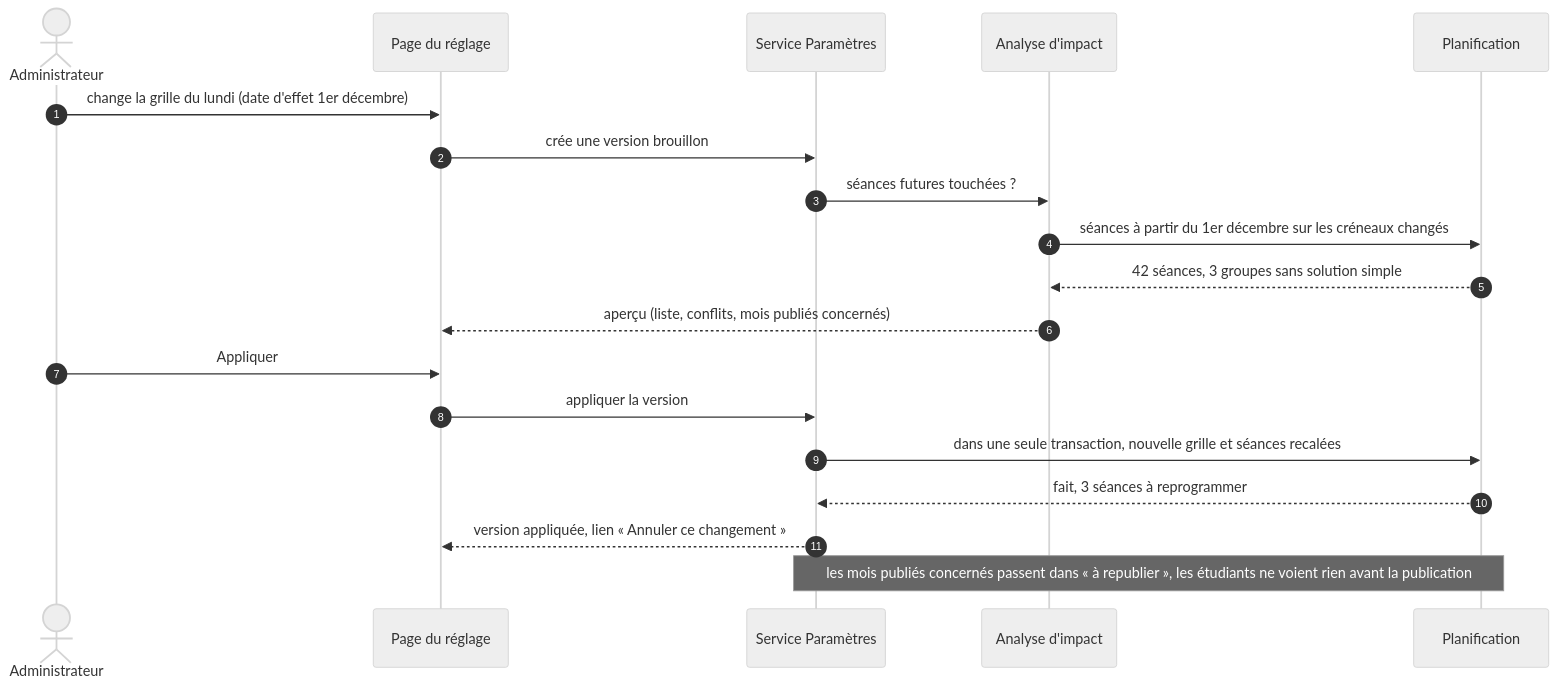
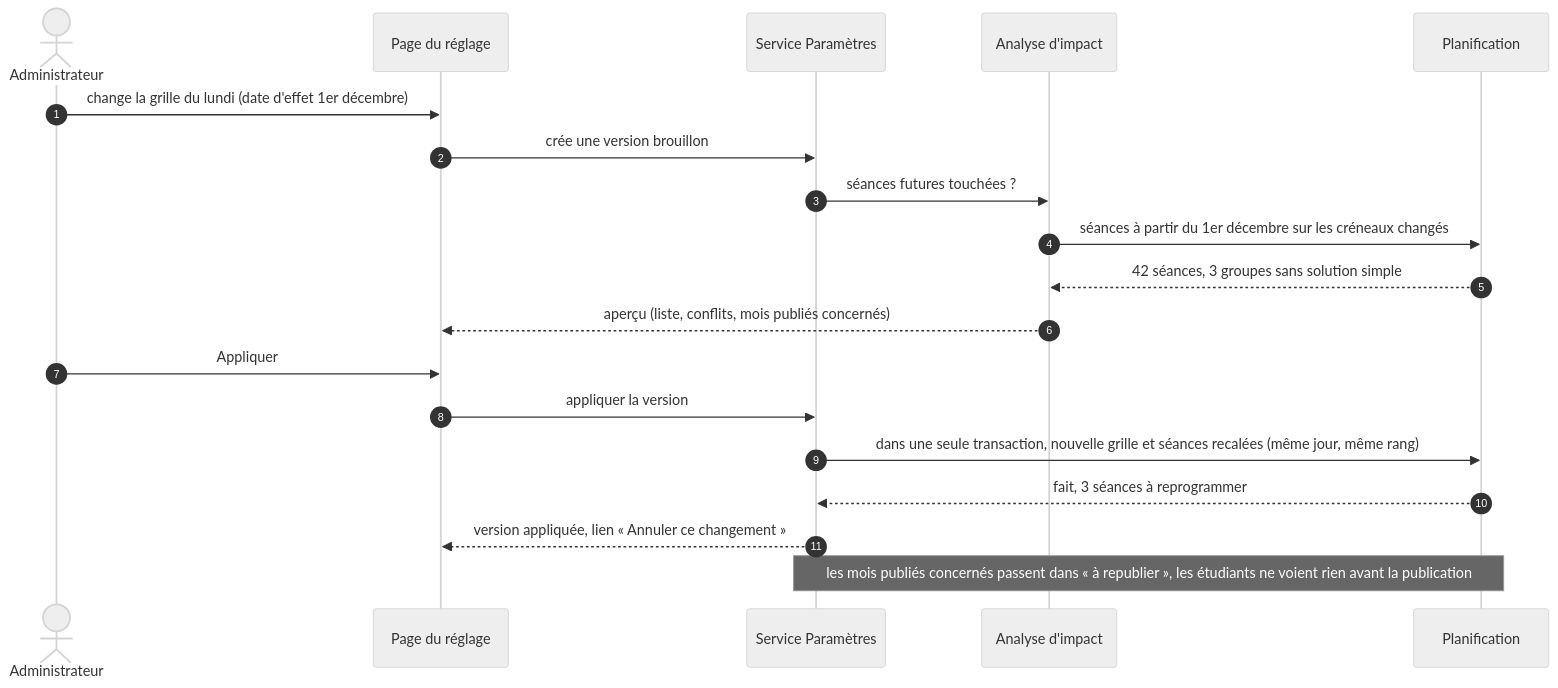
The second of 3 diagrams in docs/plans/planner-multi-etablissements/05-configuration-import.md (Claude20022002/plan_B_projet_PACTE), drawn with Mermaid (neutral theme) before and after one commit. The commit also changed other lines of this file and 13 other files, not shown here.

````diff
--- a/docs/plans/planner-multi-etablissements/05-configuration-import.md
+++ b/docs/plans/planner-multi-etablissements/05-configuration-import.md
@@ -51,22 +51,22 @@
 ```mermaid
 sequenceDiagram
     autonumber
     actor A as Administrateur
     participant S as Page du réglage
     participant P as Service Paramètres
     participant I as Analyse d'impact
     participant G as Planification
 
     A->>S: change la grille du lundi (date d'effet 1er décembre)
     S->>P: crée une version brouillon
     P->>I: séances futures touchées ?
     I->>G: séances à partir du 1er décembre sur les créneaux changés
     G-->>I: 42 séances, 3 groupes sans solution simple
     I-->>S: aperçu (liste, conflits, mois publiés concernés)
     A->>S: Appliquer
     S->>P: appliquer la version
-    P->>G: dans une seule transaction, nouvelle grille et séances recalées
+    P->>G: dans une seule transaction, nouvelle grille et séances recalées (même jour, même rang)
     G-->>P: fait, 3 séances à reprogrammer
     P-->>S: version appliquée, lien « Annuler ce changement »
     Note over P,G: les mois publiés concernés passent dans « à republier », les étudiants ne voient rien avant la publication
 ```
````
